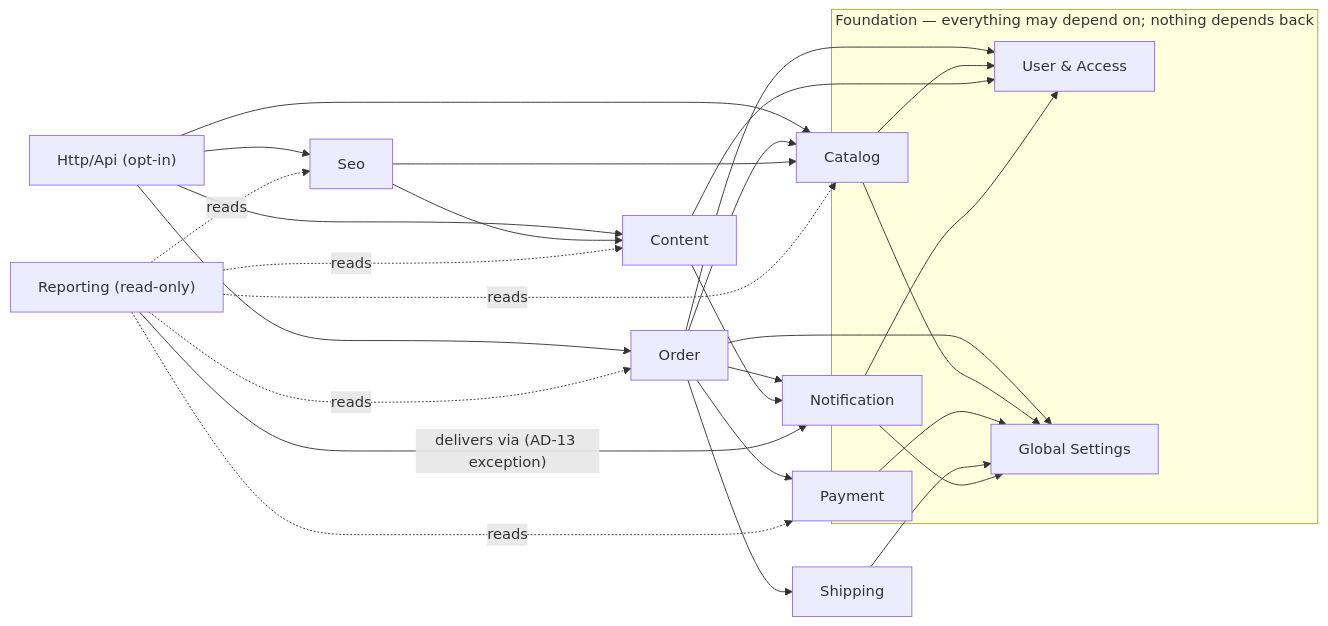
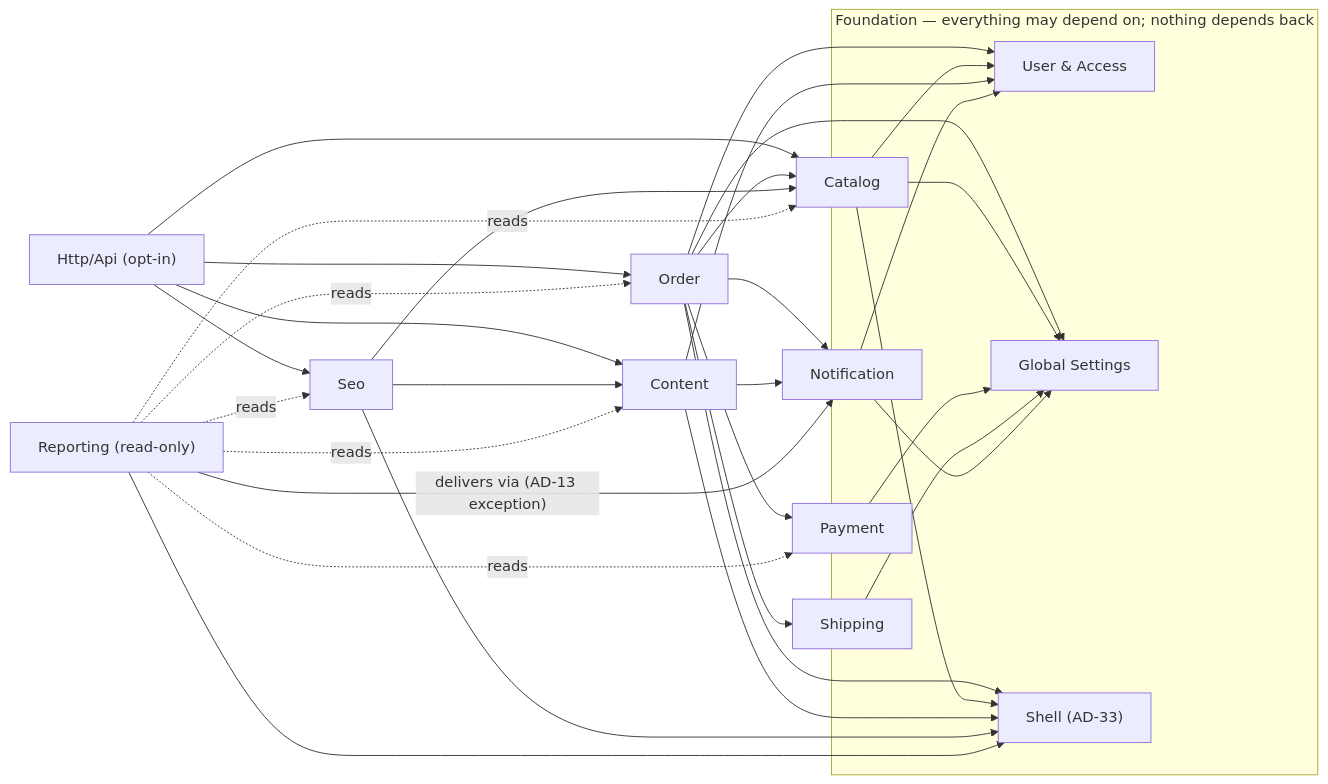
Before and after one commit to Tigaphonic/bazaar: the first of 2 diagrams in _artifacts/planning-artifacts/architecture/architecture-Tigaphonic/bazaar-2026-09-12/ARCHITECTURE-SPINE.md, drawn with Mermaid. The commit also changed other lines of this file and 3 other files, not shown here.

````diff
--- a/_artifacts/planning-artifacts/architecture/architecture-Tigaphonic/bazaar-2026-09-12/ARCHITECTURE-SPINE.md
+++ b/_artifacts/planning-artifacts/architecture/architecture-Tigaphonic/bazaar-2026-09-12/ARCHITECTURE-SPINE.md
@@ -293,37 +328,43 @@
 ```mermaid
 graph LR
   subgraph Foundation["Foundation — everything may depend on; nothing depends back"]
     User["User & Access"]
     Settings["Global Settings"]
+    Shell["Shell (AD-33)"]
   end
 
   HttpApi["Http/Api (opt-in)"] --> Order
   HttpApi --> Catalog
   HttpApi --> Content
   HttpApi --> Seo
 
   Order["Order"] --> Catalog["Catalog"]
   Order --> Payment["Payment"]
   Order --> Shipping["Shipping"]
   Order --> Notification["Notification"]
   Content["Content"] --> Notification
   Seo["Seo"] --> Catalog
   Seo --> Content
 
   Order --> User
   Order --> Settings
+  Order --> Shell
   Catalog --> User
   Catalog --> Settings
+  Catalog --> Shell
   Content --> User
+  Content --> Shell
   Payment --> Settings
   Shipping --> Settings
   Notification --> User
   Notification --> Settings
+  Seo --> Shell
+  Reporting --> Shell
 
   Reporting["Reporting (read-only)"] -.reads.-> Order
   Reporting -.reads.-> Catalog
   Reporting -.reads.-> Payment
   Reporting -.reads.-> Content
   Reporting -.reads.-> Seo
   Reporting -->|"delivers via (AD-13 exception)"| Notification
 ```
````
